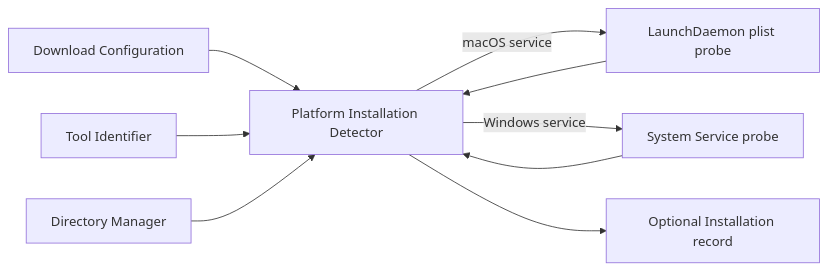
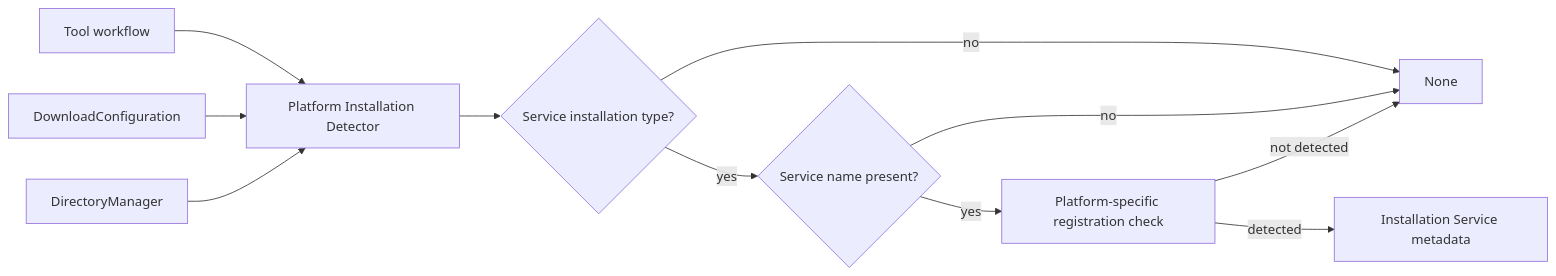
Before and after one commit to flamingo-stack/openframe-oss-tenant: the first of 3 diagrams in docs/reference/architecture/openframe-client-core/platform-installation-detector/platform-installation-detector.md, drawn with Mermaid. The commit also changed other lines of this file and 2377 other files, not shown here.

````diff
--- a/docs/reference/architecture/openframe-client-core/platform-installation-detector/platform-installation-detector.md
+++ b/docs/reference/architecture/openframe-client-core/platform-installation-detector/platform-installation-detector.md
@@ -44,11 +35,13 @@
 ```mermaid
 flowchart LR
-    ToolConfig["Download Configuration"] --> Detector["Platform Installation Detector"]
-    ToolId["Tool Identifier"] --> Detector
-    Directories["Directory Manager"] --> Detector
-    Detector -->|"macOS service"| LaunchDaemon["LaunchDaemon plist probe"]
-    Detector -->|"Windows service"| SystemService["System Service probe"]
-    LaunchDaemon --> Detector
-    SystemService --> Detector
-    Detector --> Result["Optional Installation record"]
+    ToolWorkflow["Tool workflow"] --> Detector["Platform Installation Detector"]
+    DownloadConfig["DownloadConfiguration"] --> Detector
+    DirectoryManager["DirectoryManager"] --> Detector
+    Detector --> InstallType{"Service installation type?"}
+    InstallType -->|"no"| NoResult["None"]
+    InstallType -->|"yes"| ServiceName{"Service name present?"}
+    ServiceName -->|"no"| NoResult
+    ServiceName -->|"yes"| PlatformCheck["Platform-specific registration check"]
+    PlatformCheck -->|"detected"| ServiceResult["Installation Service metadata"]
+    PlatformCheck -->|"not detected"| NoResult
 ```
````
